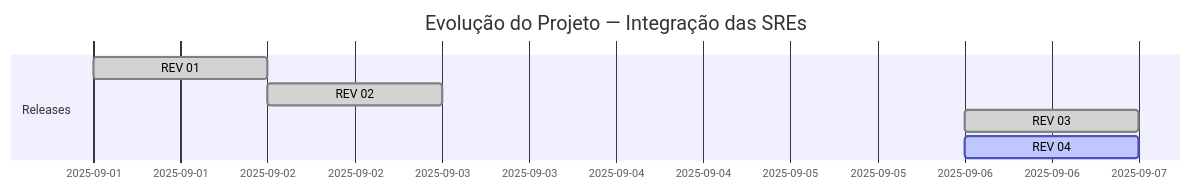
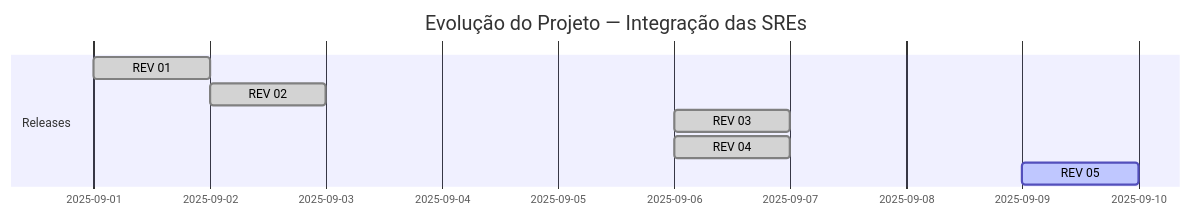
The diagram in README.md (Beto1821/app_pesquisa_licitacoes), drawn with Mermaid before and after one commit. The commit also changed other lines of this file, not shown here.

Commit message:
modified reaadme for rev 05

````diff
--- a/README.md
+++ b/README.md
@@ -34,10 +44,11 @@
 ```mermaid
 gantt
    dateFormat  YYYY-MM
    title       Evolução do Projeto — Integração das SREs
    section Releases
    REV 01 :done,  des1, 2025-09-01, 1d
    REV 02 :done,  des2, 2025-09-02, 1d
    REV 03 :done,  des3, 2025-09-06, 1d
-   REV 04 :active, des4, 2025-09-06, 1d
+   REV 04 :done,  des4, 2025-09-06, 1d
+   REV 05 :active, des5, 2025-09-09, 1d
 ```
````
